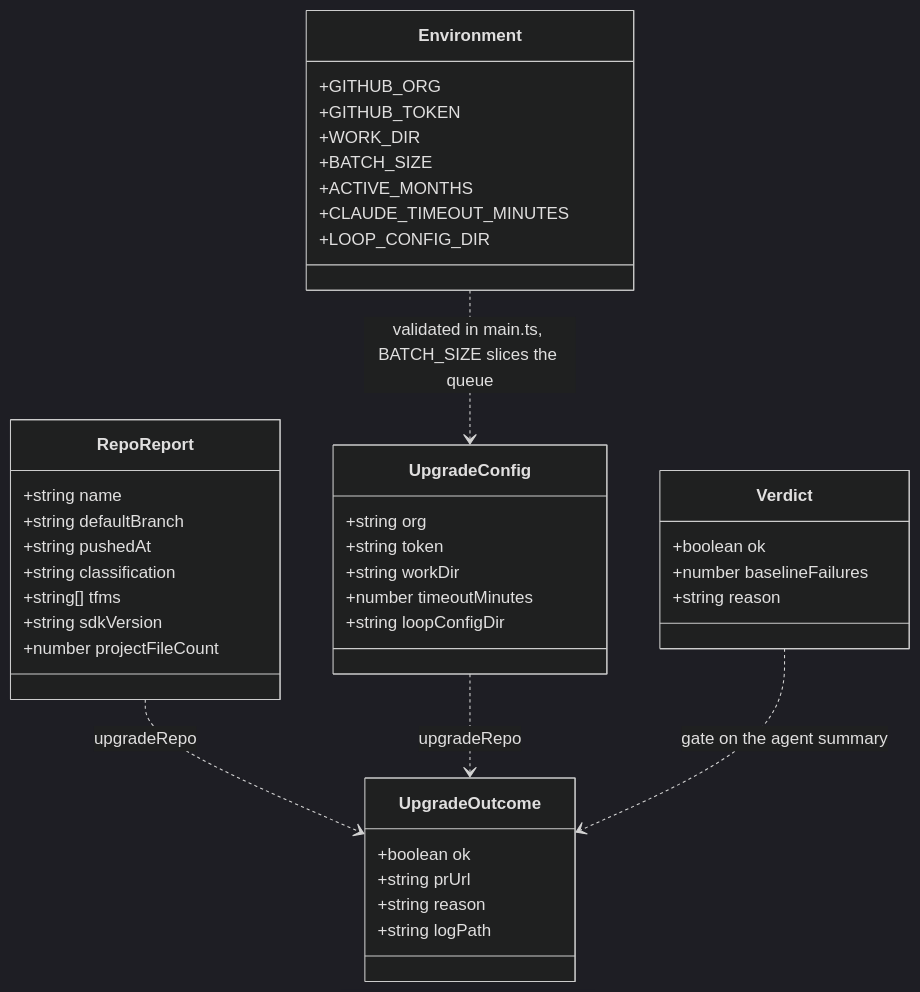
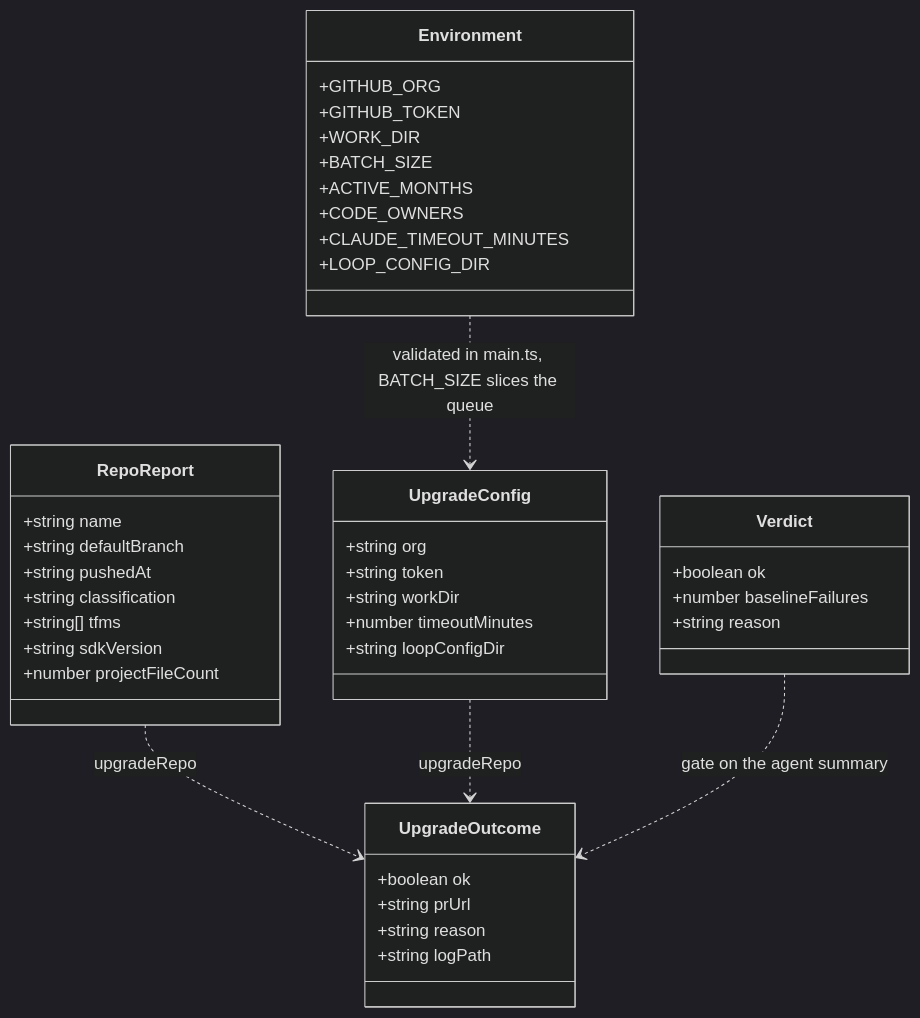
Before and after one commit to that-Gui/orgDotnetUpgrade: the second of 5 diagrams in README.md, drawn with Mermaid (dark theme). The commit also changed other lines of this file and 3 other files, not shown here.

First line of the commit message:
code owners added

````diff
--- a/README.md
+++ b/README.md
@@ -53,43 +68,44 @@
 ```mermaid
 classDiagram
     class Environment {
         +GITHUB_ORG
         +GITHUB_TOKEN
         +WORK_DIR
         +BATCH_SIZE
         +ACTIVE_MONTHS
+        +CODE_OWNERS
         +CLAUDE_TIMEOUT_MINUTES
         +LOOP_CONFIG_DIR
     }
     class RepoReport {
         +string name
         +string defaultBranch
         +string pushedAt
         +string classification
         +string[] tfms
         +string sdkVersion
         +number projectFileCount
     }
     class UpgradeConfig {
         +string org
         +string token
         +string workDir
         +number timeoutMinutes
         +string loopConfigDir
     }
     class Verdict {
         +boolean ok
         +number baselineFailures
         +string reason
     }
     class UpgradeOutcome {
         +boolean ok
         +string prUrl
         +string reason
         +string logPath
     }
     Environment ..> UpgradeConfig : validated in main.ts, BATCH_SIZE slices the queue
     RepoReport ..> UpgradeOutcome : upgradeRepo
     UpgradeConfig ..> UpgradeOutcome : upgradeRepo
     Verdict ..> UpgradeOutcome : gate on the agent summary
 ```
````
